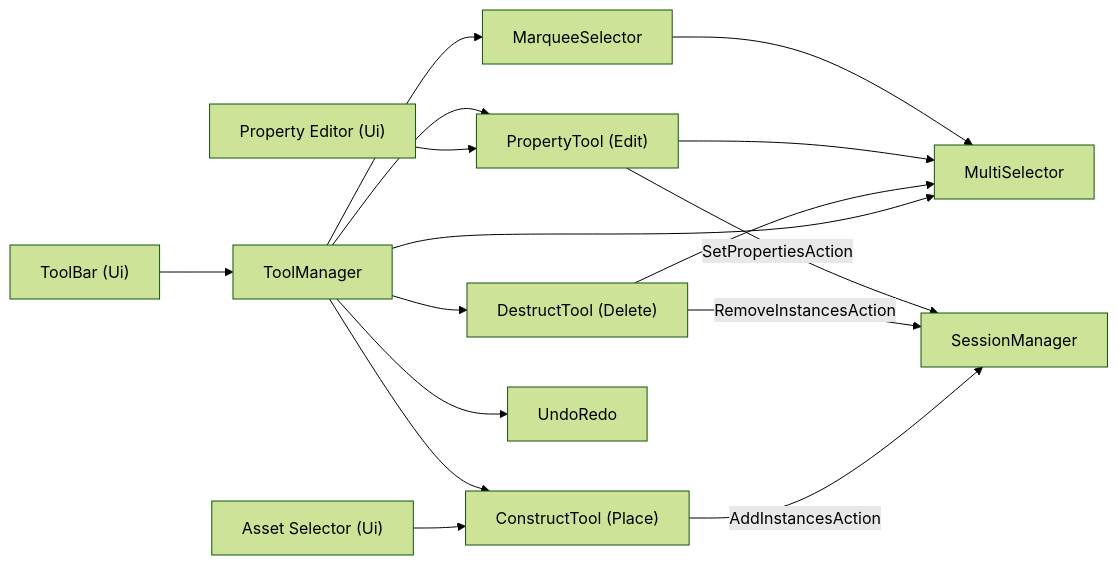
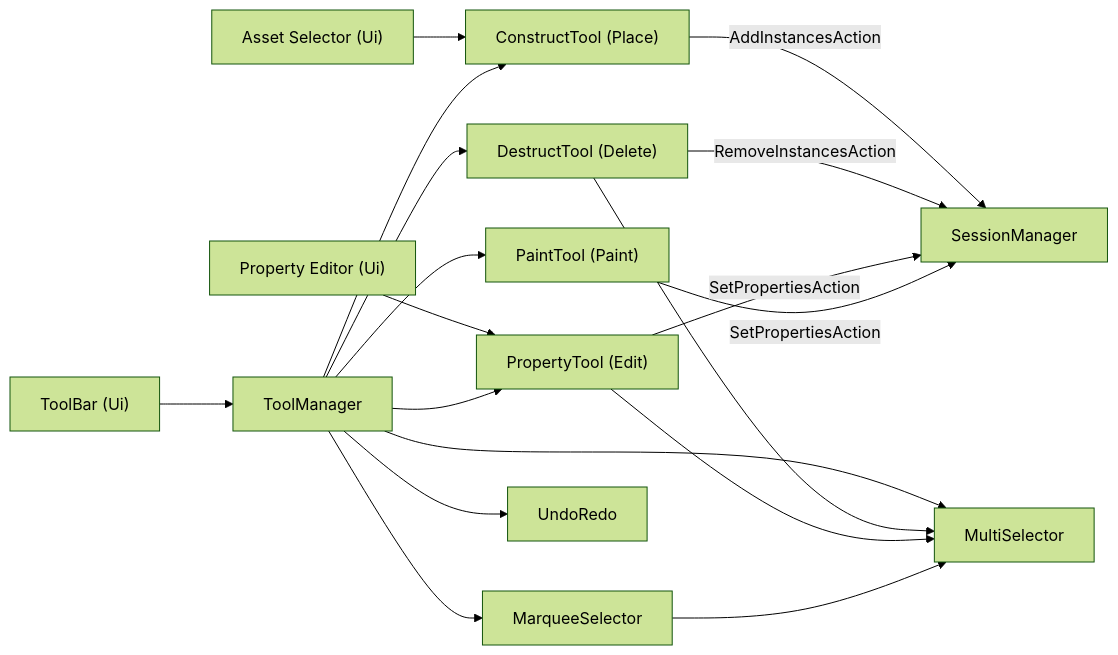
One commit to SubParSuperCar/Ensemble changed the eighth of 8 diagrams in .github/TECHNICAL.md. Above: the diagram before and after it, drawn with Mermaid (forest theme). The commit also changed other lines of this file and 25 other files, not shown here.

First line of the commit message:
Add the Paint tool, stable material IDs, and marquees for any tool

````diff
--- a/.github/TECHNICAL.md
+++ b/.github/TECHNICAL.md
@@ -458,18 +458,20 @@
 ```mermaid
 graph LR
     ToolBar["ToolBar (Ui)"] --> ToolManager
     AssetSelector["Asset Selector (Ui)"] --> Construct
     PropertyEditor["Property Editor (Ui)"] --> Property
     ToolManager --> Construct["ConstructTool (Place)"]
     ToolManager --> Destruct["DestructTool (Delete)"]
     ToolManager --> Property["PropertyTool (Edit)"]
+    ToolManager --> Paint["PaintTool (Paint)"]
     ToolManager --> Selector["MultiSelector"]
     ToolManager --> Marquee["MarqueeSelector"]
     ToolManager --> History["UndoRedo"]
     Destruct --> Selector
     Property --> Selector
     Marquee --> Selector
     Construct -->|"AddInstancesAction"| Net["SessionManager"]
     Destruct -->|"RemoveInstancesAction"| Net
     Property -->|"SetPropertiesAction"| Net
+    Paint -->|"SetPropertiesAction"| Net
 ```
````
